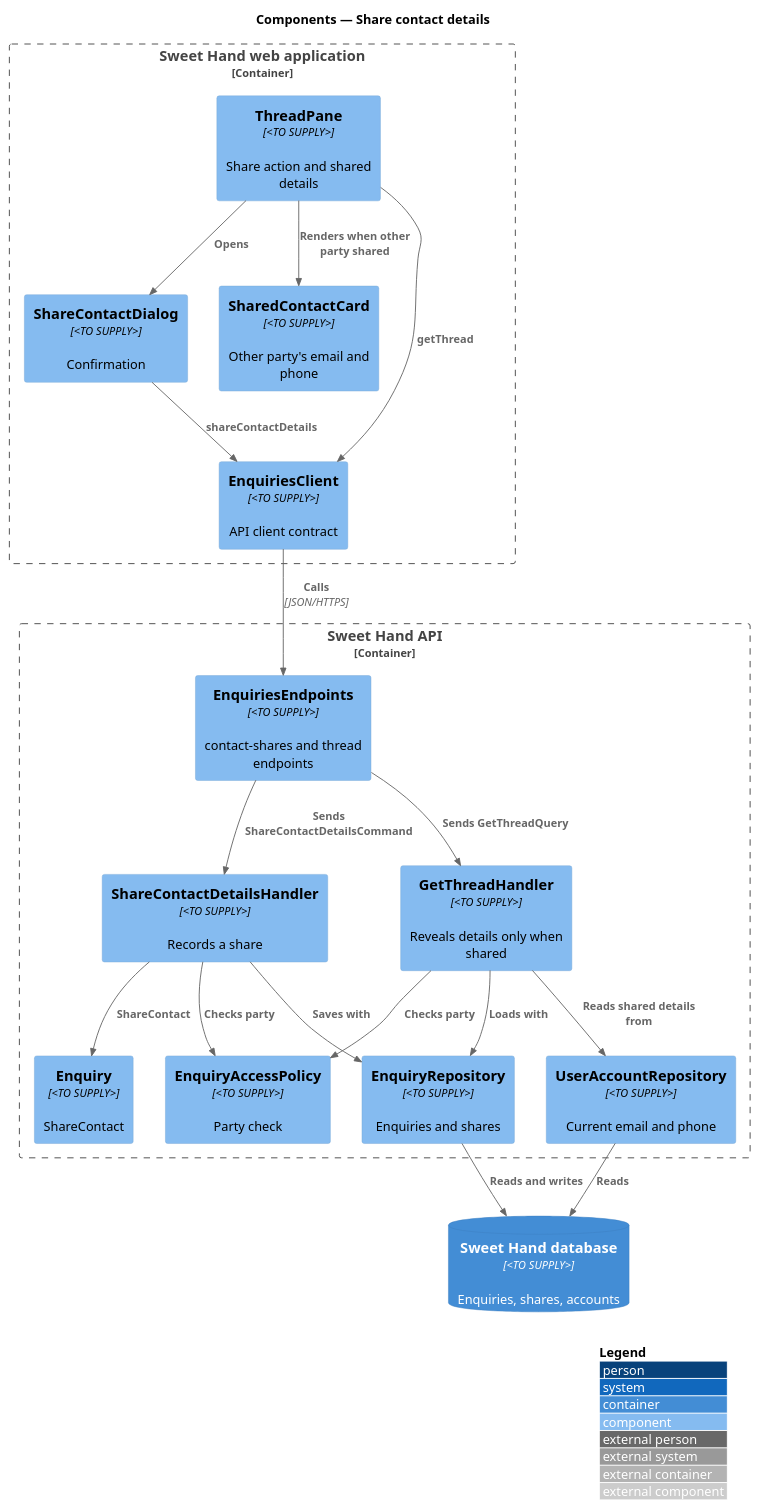
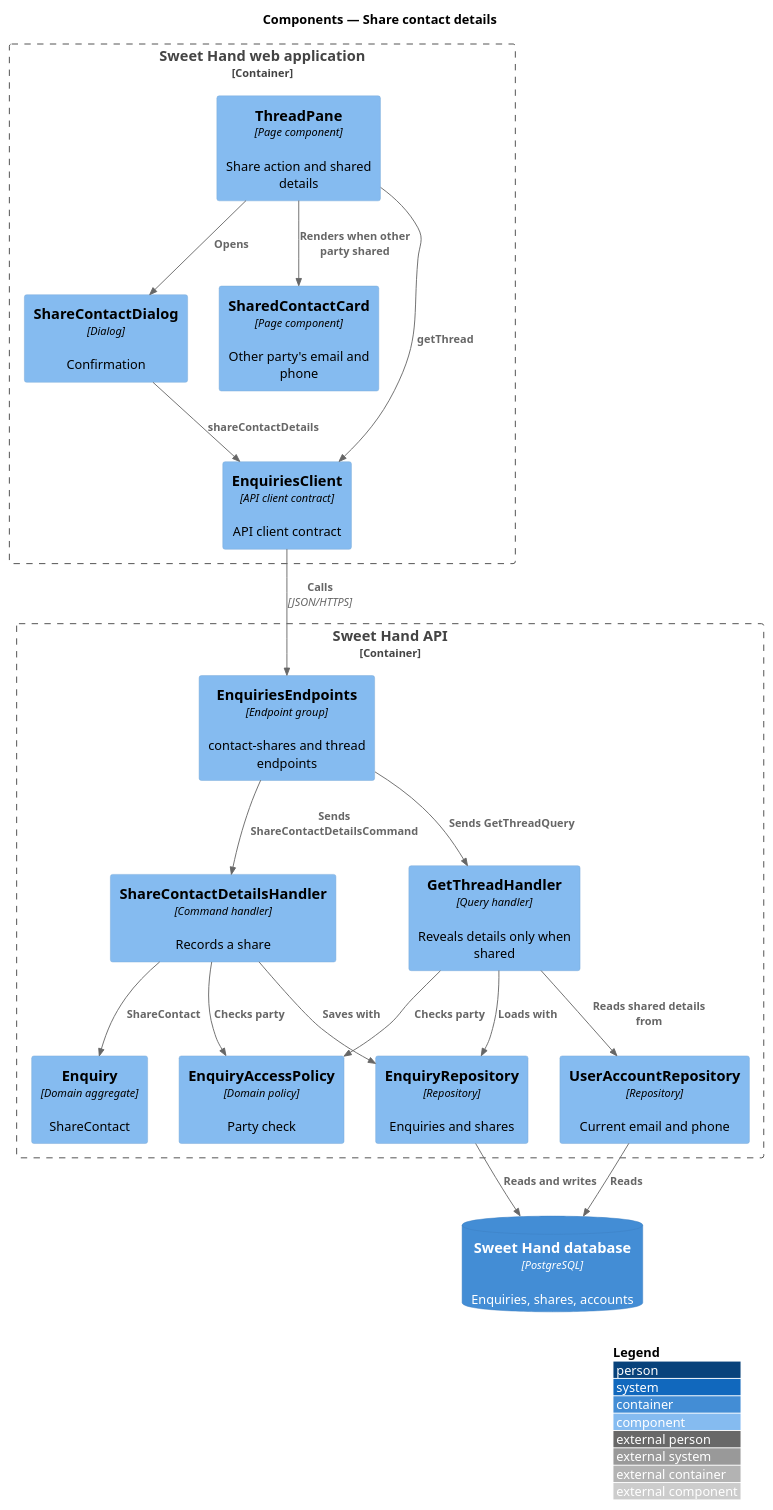
Before and after one commit to QuinntyneBrown/sweet-hand: the diagram in docs/detailed-designs/enquiries/share-contact-details/diagrams/c4-component.puml, drawn with PlantUML. The commit also changed 39 other files, not shown here.

```diff
--- a/docs/detailed-designs/enquiries/share-contact-details/diagrams/c4-component.puml
+++ b/docs/detailed-designs/enquiries/share-contact-details/diagrams/c4-component.puml
@@ -1,38 +1,38 @@
 @startuml
 !include <C4/C4_Component>
 LAYOUT_WITH_LEGEND()
 title Components — Share contact details
 
 Container_Boundary(web, "Sweet Hand web application") {
-  Component(pane, "ThreadPane", "<TO SUPPLY>", "Share action and shared details")
-  Component(dialog, "ShareContactDialog", "<TO SUPPLY>", "Confirmation")
-  Component(card, "SharedContactCard", "<TO SUPPLY>", "Other party's email and phone")
-  Component(client, "EnquiriesClient", "<TO SUPPLY>", "API client contract")
+  Component(pane, "ThreadPane", "Page component", "Share action and shared details")
+  Component(dialog, "ShareContactDialog", "Dialog", "Confirmation")
+  Component(card, "SharedContactCard", "Page component", "Other party's email and phone")
+  Component(client, "EnquiriesClient", "API client contract", "API client contract")
 }
 Container_Boundary(api, "Sweet Hand API") {
-  Component(ep, "EnquiriesEndpoints", "<TO SUPPLY>", "contact-shares and thread endpoints")
-  Component(policy, "EnquiryAccessPolicy", "<TO SUPPLY>", "Party check")
-  Component(share, "ShareContactDetailsHandler", "<TO SUPPLY>", "Records a share")
-  Component(get, "GetThreadHandler", "<TO SUPPLY>", "Reveals details only when shared")
-  Component(agg, "Enquiry", "<TO SUPPLY>", "ShareContact")
-  Component(repo, "EnquiryRepository", "<TO SUPPLY>", "Enquiries and shares")
-  Component(accounts, "UserAccountRepository", "<TO SUPPLY>", "Current email and phone")
+  Component(ep, "EnquiriesEndpoints", "Endpoint group", "contact-shares and thread endpoints")
+  Component(policy, "EnquiryAccessPolicy", "Domain policy", "Party check")
+  Component(share, "ShareContactDetailsHandler", "Command handler", "Records a share")
+  Component(get, "GetThreadHandler", "Query handler", "Reveals details only when shared")
+  Component(agg, "Enquiry", "Domain aggregate", "ShareContact")
+  Component(repo, "EnquiryRepository", "Repository", "Enquiries and shares")
+  Component(accounts, "UserAccountRepository", "Repository", "Current email and phone")
 }
-ContainerDb(db, "Sweet Hand database", "<TO SUPPLY>", "Enquiries, shares, accounts")
+ContainerDb(db, "Sweet Hand database", "PostgreSQL", "Enquiries, shares, accounts")
 
 Rel(pane, dialog, "Opens")
 Rel(pane, card, "Renders when other party shared")
 Rel(dialog, client, "shareContactDetails")
 Rel(pane, client, "getThread")
 Rel(client, ep, "Calls", "JSON/HTTPS")
 Rel(ep, share, "Sends ShareContactDetailsCommand")
 Rel(ep, get, "Sends GetThreadQuery")
 Rel(share, policy, "Checks party")
 Rel(get, policy, "Checks party")
 Rel(share, agg, "ShareContact")
 Rel(share, repo, "Saves with")
 Rel(get, repo, "Loads with")
 Rel(get, accounts, "Reads shared details from")
 Rel(repo, db, "Reads and writes")
 Rel(accounts, db, "Reads")
 @enduml
```
